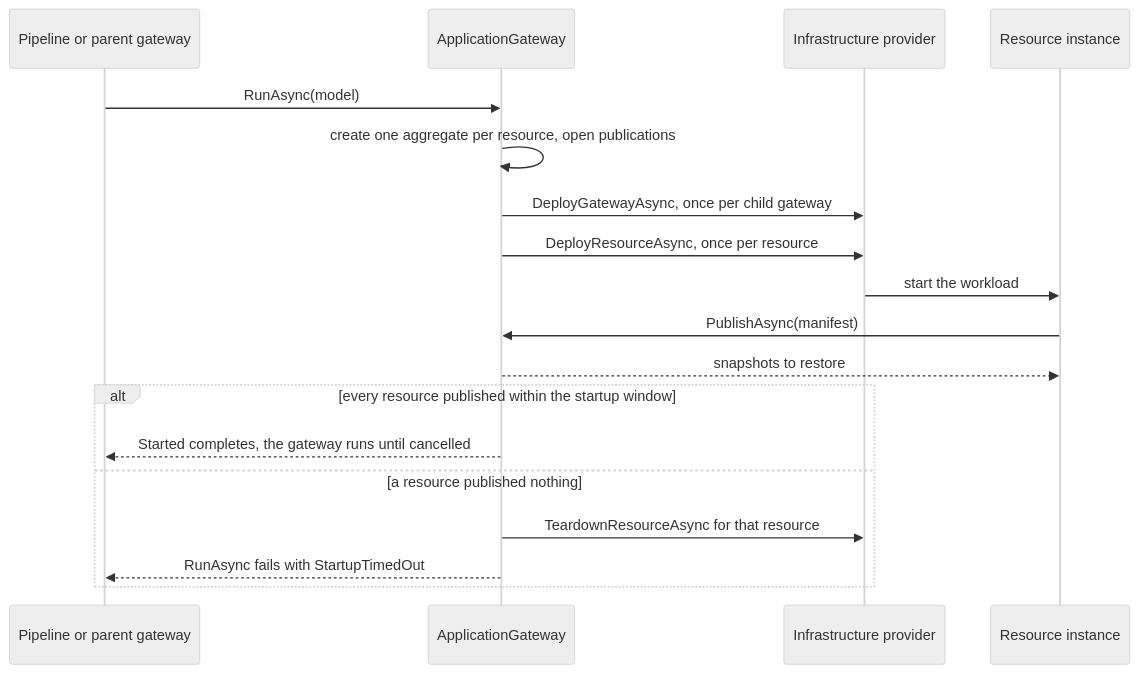
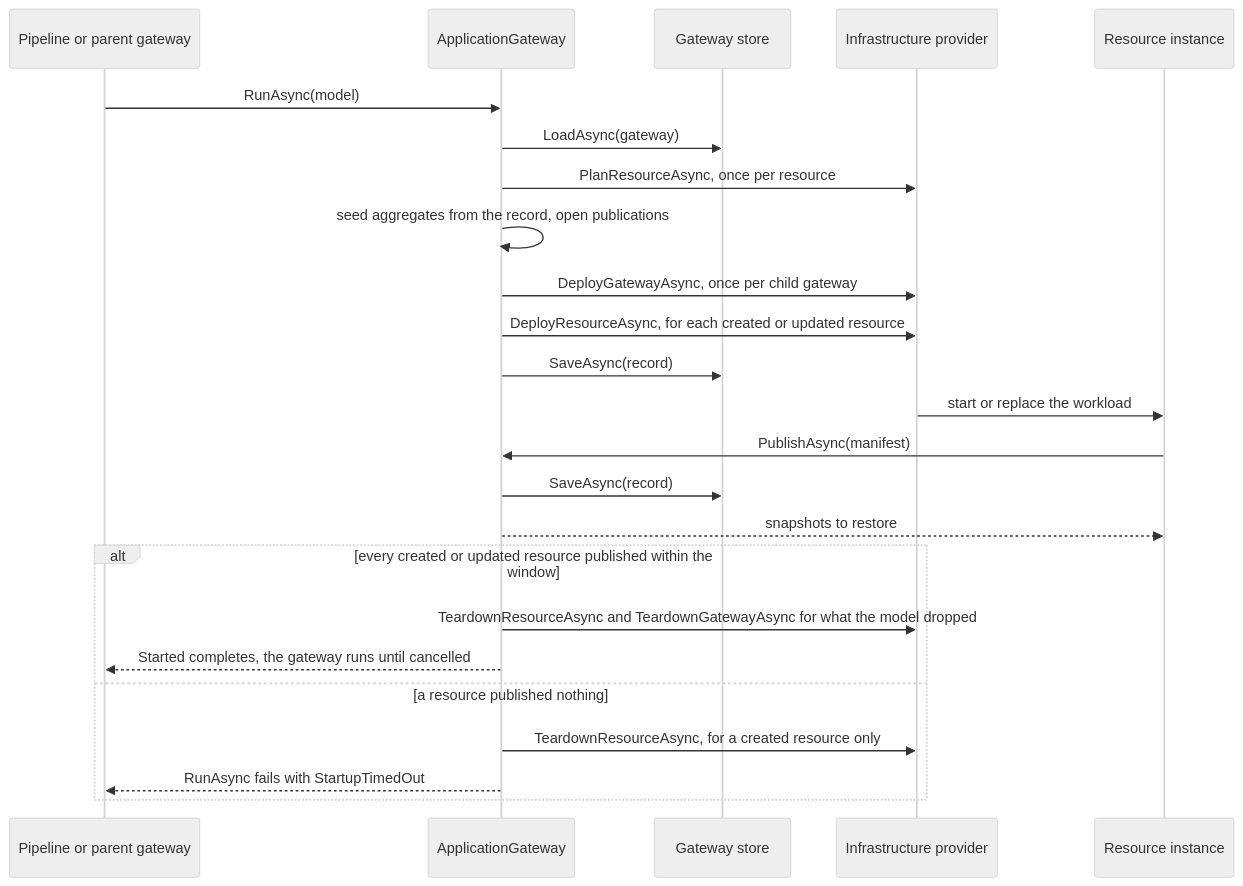
One commit to assimalign/cohesion changed the second of 2 diagrams in libraries/ApplicationModel/Assimalign.Cohesion.ApplicationModel.Gateway/docs/DESIGN.md. Above: the diagram before and after it, drawn with Mermaid (neutral theme). The commit also changed other lines of this file and 19 other files, not shown here.

````diff
--- a/libraries/ApplicationModel/Assimalign.Cohesion.ApplicationModel.Gateway/docs/DESIGN.md
+++ b/libraries/ApplicationModel/Assimalign.Cohesion.ApplicationModel.Gateway/docs/DESIGN.md
@@ -35,20 +38,26 @@
 ```mermaid
 sequenceDiagram
     participant Caller as Pipeline or parent gateway
     participant GW as ApplicationGateway
+    participant Store as Gateway store
     participant Infra as Infrastructure provider
     participant Inst as Resource instance
     Caller->>GW: RunAsync(model)
-    GW->>GW: create one aggregate per resource, open publications
+    GW->>Store: LoadAsync(gateway)
+    GW->>Infra: PlanResourceAsync, once per resource
+    GW->>GW: seed aggregates from the record, open publications
     GW->>Infra: DeployGatewayAsync, once per child gateway
-    GW->>Infra: DeployResourceAsync, once per resource
-    Infra->>Inst: start the workload
+    GW->>Infra: DeployResourceAsync, for each created or updated resource
+    GW->>Store: SaveAsync(record)
+    Infra->>Inst: start or replace the workload
     Inst->>GW: PublishAsync(manifest)
+    GW->>Store: SaveAsync(record)
     GW-->>Inst: snapshots to restore
-    alt every resource published within the startup window
+    alt every created or updated resource published within the window
+        GW->>Infra: TeardownResourceAsync and TeardownGatewayAsync for what the model dropped
         GW-->>Caller: Started completes, the gateway runs until cancelled
     else a resource published nothing
-        GW->>Infra: TeardownResourceAsync for that resource
+        GW->>Infra: TeardownResourceAsync, for a created resource only
         GW-->>Caller: RunAsync fails with StartupTimedOut
     end
 ```
````
